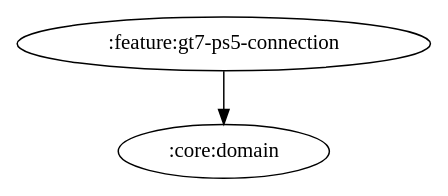
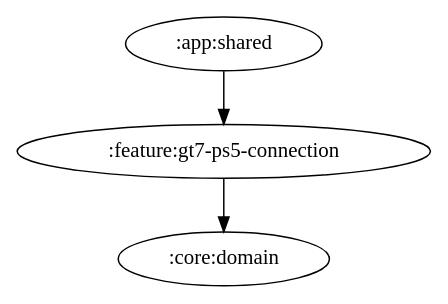
Before and after one commit to ai-kurou/KoDriver: the diagram in docs/graphs/feature-gt7-ps5-connection.gv, drawn with Graphviz. The commit also changed 9 other files, not shown here.

Commit message:
chore: update module graph images

```diff
--- a/docs/graphs/feature-gt7-ps5-connection.gv
+++ b/docs/graphs/feature-gt7-ps5-connection.gv
@@ -1,4 +1,5 @@
 digraph G {
   rankdir=TB
+  ":app:shared" -> ":feature:gt7-ps5-connection"
   ":feature:gt7-ps5-connection" -> ":core:domain"
 }
```
